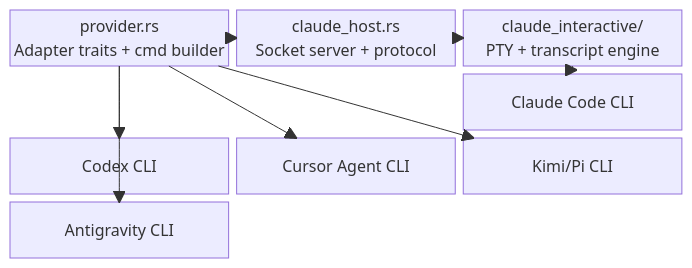
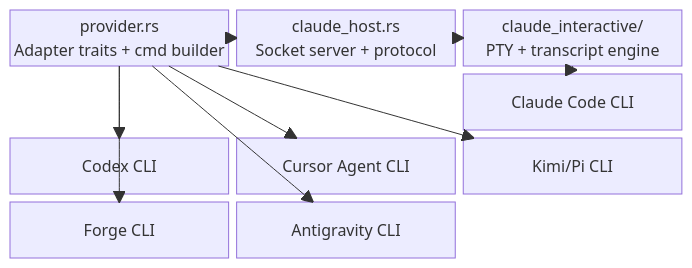
Before and after one commit to 0x7067/agent-bridge-mcp: the diagram in docs/CODEMAPS/integrations.md, drawn with Mermaid. The commit also changed 20 other files, not shown here.

````diff
--- a/docs/CODEMAPS/integrations.md
+++ b/docs/CODEMAPS/integrations.md
@@ -8,21 +8,23 @@
 ```mermaid
 block-beta
     columns 3
     CAPS["provider.rs<br/>Adapter traits + cmd builder"]:1
     HOST["claude_host.rs<br/>Socket server + protocol"]:1
     INTER["claude_interactive/<br/>PTY + transcript engine"]:1
     space:2
     CLAUDE["Claude Code CLI"]:1
     CODEX["Codex CLI"]:1
     CURSOR["Cursor Agent CLI"]:1
     KIMI["Kimi/Pi CLI"]:1
+    FORGE["Forge CLI"]:1
     AGY["Antigravity CLI"]:1
 
     CAPS --> HOST
     HOST --> INTER
     INTER --> CLAUDE
     CAPS --> CODEX
     CAPS --> CURSOR
     CAPS --> KIMI
+    CAPS --> FORGE
     CAPS --> AGY
 ```
````
